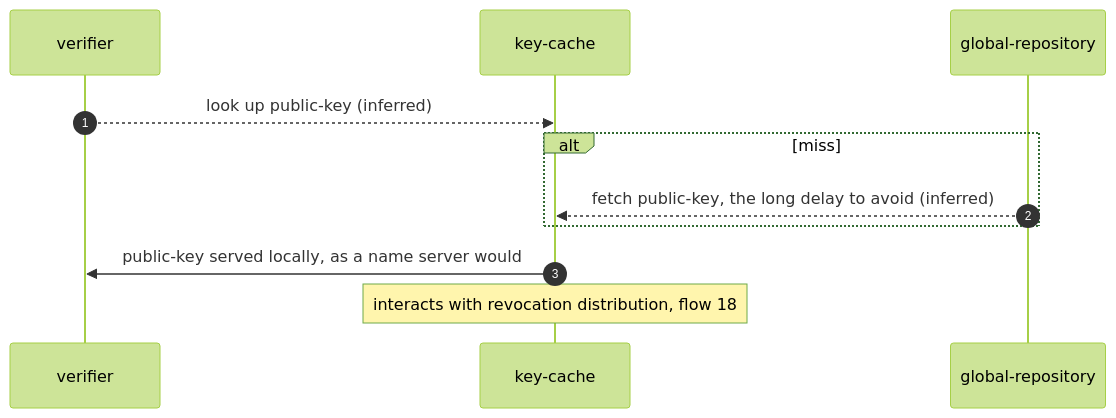
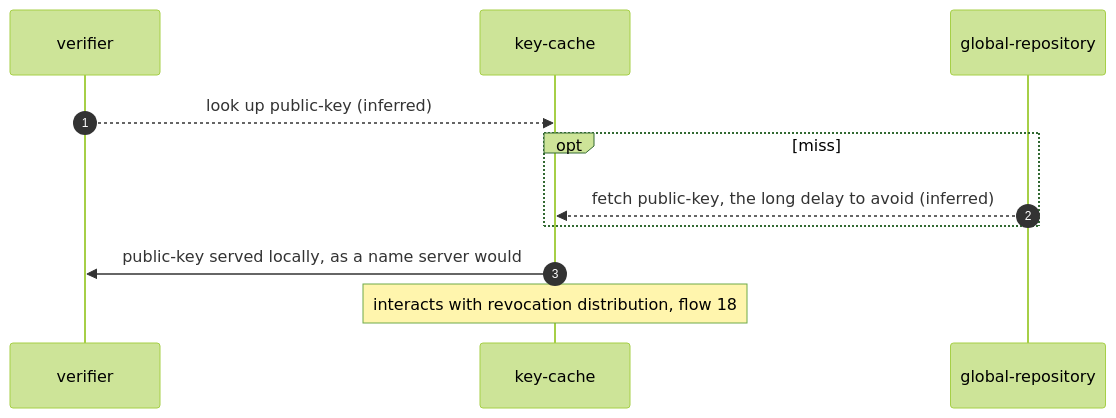
Diagram 17 of 26 in records/ietf/rfc-2692/distilled/protocol.md (m-of-n/library), drawn with Mermaid (forest theme) before and after one commit. The commit also changed other lines of this file and 9 other files, not shown here.

````diff
--- a/records/ietf/rfc-2692/distilled/protocol.md
+++ b/records/ietf/rfc-2692/distilled/protocol.md
@@ -510,13 +515,13 @@
 ```mermaid
 sequenceDiagram
   autonumber
   participant V as verifier
   participant C as key-cache
   participant R as global-repository
   V-->>C: look up public-key (inferred)
-  alt miss
+  opt miss
     R-->>C: fetch public-key, the long delay to avoid (inferred)
   end
   C->>V: public-key served locally, as a name server would
   Note over C: interacts with revocation distribution, flow 18
 ```
````
